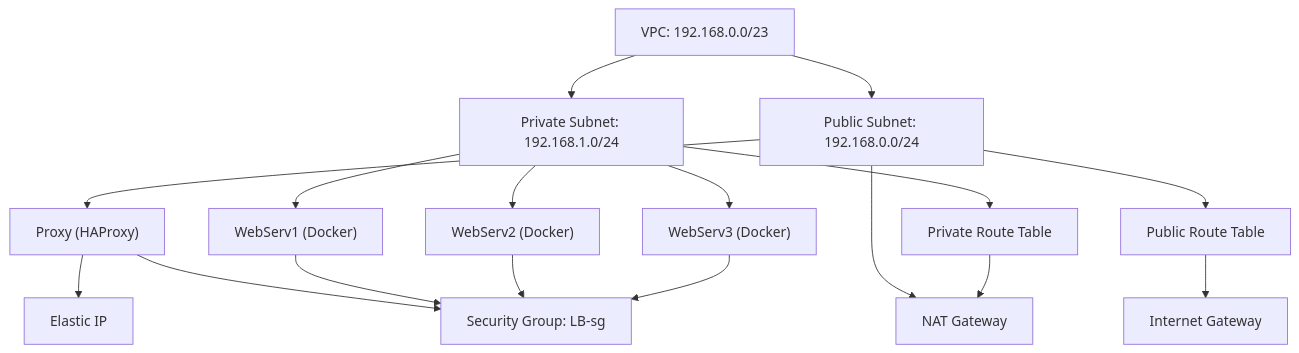
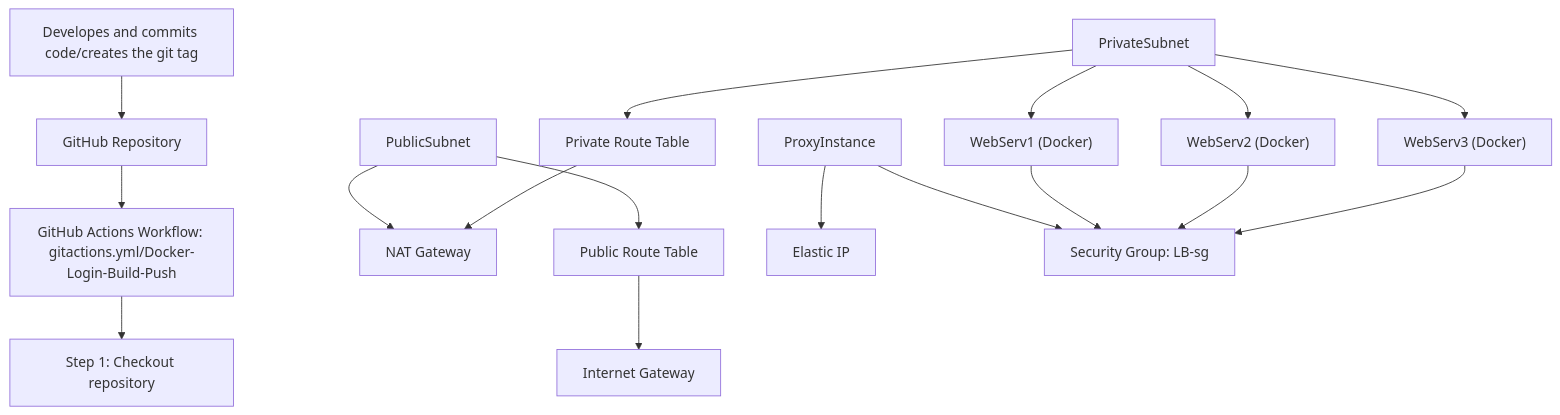
One commit to WSU-kduncan/cicdf25-Historyvariety changed the diagram in README-CI.md. Above: the diagram before and after it, drawn with Mermaid.

Commit message:
seeing how it looks before i finish

````diff
--- a/README-CI.md
+++ b/README-CI.md
@@ -20,19 +20,19 @@
 ```mermaid
   graph TD
-      VPC["VPC: 192.168.0.0/23"] --> PublicSubnet["Public Subnet: 192.168.0.0/24"]
-      VPC --> PrivateSubnet["Private Subnet: 192.168.1.0/24"]
-      PublicSubnet --> ProxyInstance["Proxy (HAProxy)"]
+      Developer/Programmer["Developes and commits code/creates the git tag"] --> GitHub["GitHub Repository"]
+      GitHub --> Workflow["GitHub Actions Workflow: gitactions.yml/Docker-Login-Build-Push"]
+      Workflow --> Checkout["Step 1: Checkout repository"]
       PublicSubnet --> NATGateway["NAT Gateway"]
       PublicSubnet --> PublicRouteTable["Public Route Table"]
       PublicRouteTable --> InternetGateway["Internet Gateway"]
       ProxyInstance --> ElasticIP["Elastic IP"]
       ProxyInstance --> SecurityGroup["Security Group: LB-sg"]
       PrivateSubnet --> WebServ1["WebServ1 (Docker)"]
       PrivateSubnet --> WebServ2["WebServ2 (Docker)"]
       PrivateSubnet --> WebServ3["WebServ3 (Docker)"]
       PrivateSubnet --> PrivateRouteTable["Private Route Table"]
       PrivateRouteTable --> NATGateway
       WebServ1 --> SecurityGroup
       WebServ2 --> SecurityGroup
       WebServ3 --> SecurityGroup
 ```
````
